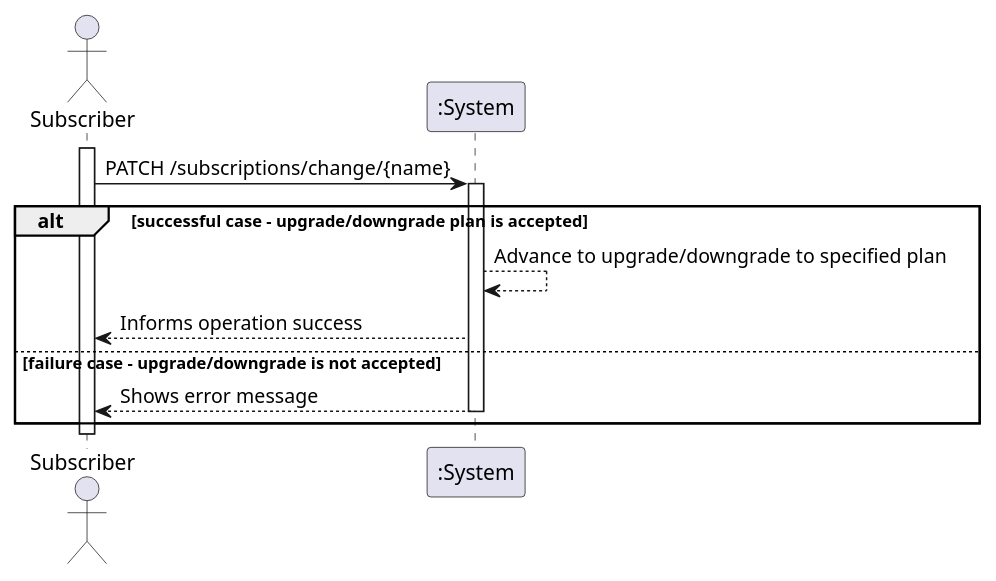
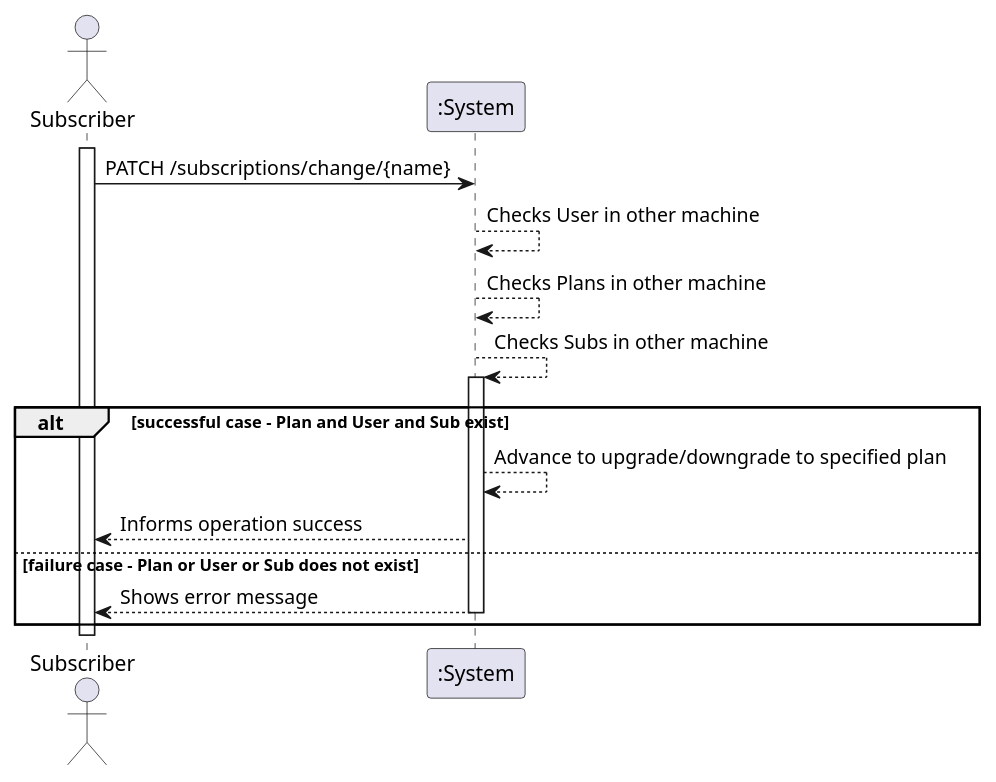
The diagram in docs_sidis/Subs/UC22 - ChangeSubs_Plan/UC22-SSD.puml (IsepMartimOliveira/SIDIS), drawn with PlantUML before and after one commit. The commit also changed 35 other files, not shown here.

```diff
--- a/docs_sidis/Subs/UC22 - ChangeSubs_Plan/UC22-SSD.puml
+++ b/docs_sidis/Subs/UC22 - ChangeSubs_Plan/UC22-SSD.puml
@@ -1,19 +1,24 @@
 @startuml
 'https://plantuml.com/sequence-diagram
 actor "Subscriber" as MD
 
 activate MD
 MD -> ":System" : PATCH /subscriptions/change/{name}
-alt successful case - upgrade/downgrade plan is accepted
+":System" --> ":System" : Checks User in other machine
+
+":System" --> ":System" : Checks Plans in other machine
+":System" --> ":System" : Checks Subs in other machine
+
+alt successful case - Plan and User and Sub exist
 activate ":System"
 ":System" --> ":System" : Advance to upgrade/downgrade to specified plan
 ":System" --> MD : Informs operation success
 
-else failure case - upgrade/downgrade is not accepted
+else failure case - Plan or User or Sub does not exist
 
 ":System" --> MD : Shows error message
 deactivate ":System"
 
 end
 deactivate MD
 @enduml
```
